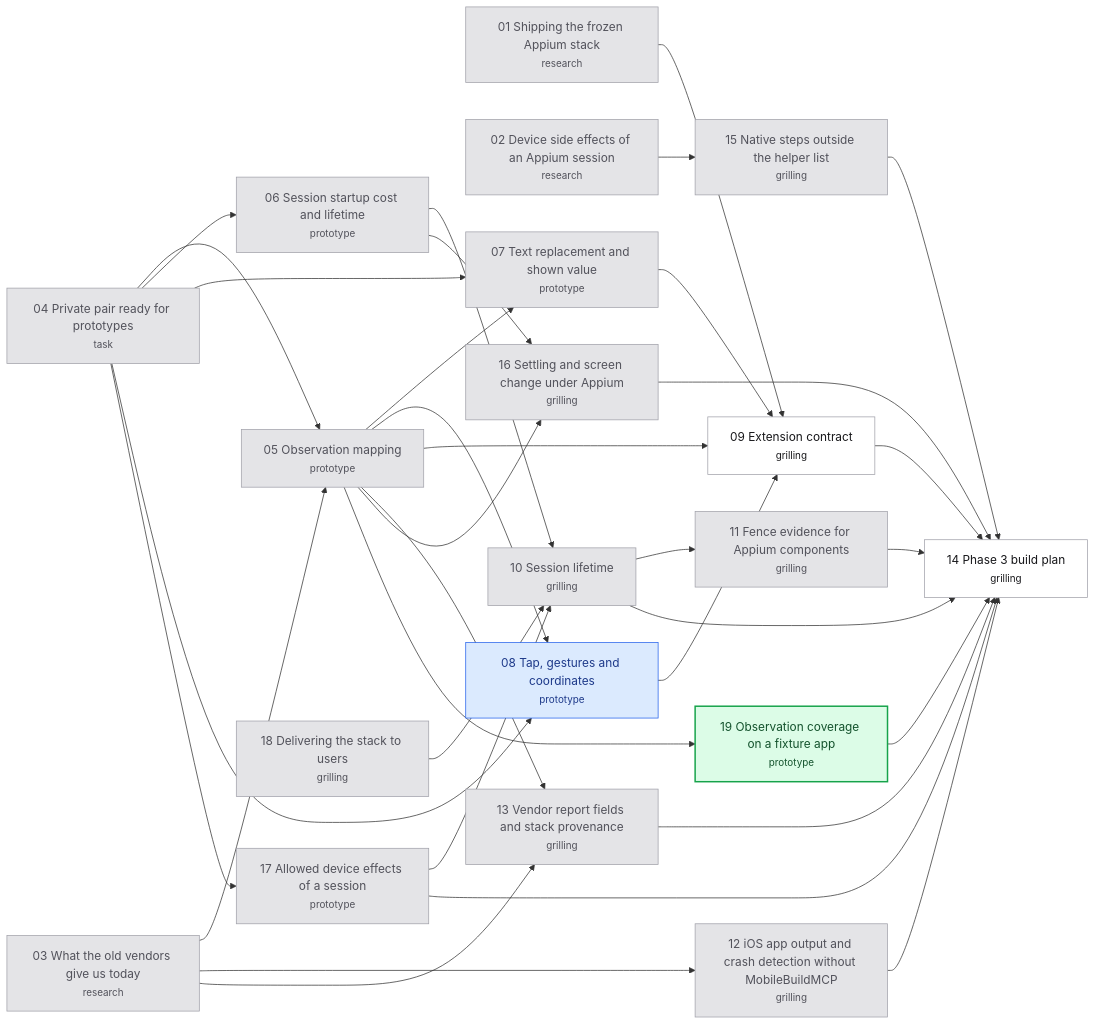
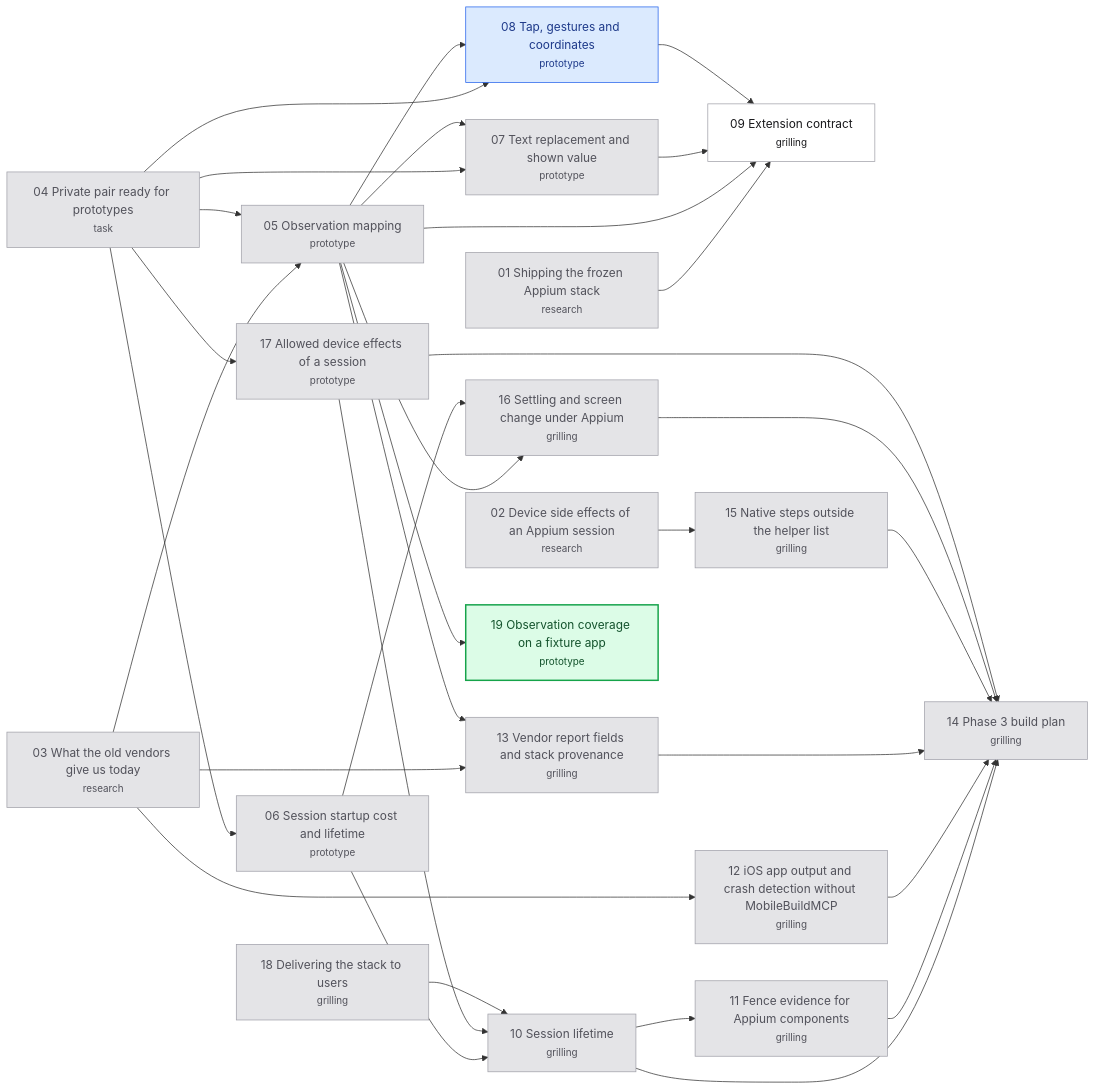
One commit to hugues-vnsgn/jev-ios-bridge changed the diagram in .scratch/appium-phase3/map.md. Above: the diagram before and after it, drawn with Mermaid. The commit also changed other lines of this file and 2 other files, not shown here.

Commit message:
docs(appium-phase3): approve the build plan with per-PR gates

````diff
--- a/.scratch/appium-phase3/map.md
+++ b/.scratch/appium-phase3/map.md
@@ -87,62 +88,60 @@
 ```mermaid
 flowchart LR
     T01["01 Shipping the frozen Appium stack<br/><small>research</small>"]
     T02["02 Device side effects of an Appium session<br/><small>research</small>"]
     T03["03 What the old vendors give us today<br/><small>research</small>"]
     T04["04 Private pair ready for prototypes<br/><small>task</small>"]
     T05["05 Observation mapping<br/><small>prototype</small>"]
     T06["06 Session startup cost and lifetime<br/><small>prototype</small>"]
     T07["07 Text replacement and shown value<br/><small>prototype</small>"]
     T08["08 Tap, gestures and coordinates<br/><small>prototype</small>"]
     T09["09 Extension contract<br/><small>grilling</small>"]
     T10["10 Session lifetime<br/><small>grilling</small>"]
     T11["11 Fence evidence for Appium components<br/><small>grilling</small>"]
     T12["12 iOS app output and crash detection without MobileBuildMCP<br/><small>grilling</small>"]
     T13["13 Vendor report fields and stack provenance<br/><small>grilling</small>"]
     T14["14 Phase 3 build plan<br/><small>grilling</small>"]
     T15["15 Native steps outside the helper list<br/><small>grilling</small>"]
     T16["16 Settling and screen change under Appium<br/><small>grilling</small>"]
     T17["17 Allowed device effects of a session<br/><small>prototype</small>"]
     T18["18 Delivering the stack to users<br/><small>grilling</small>"]
     T19["19 Observation coverage on a fixture app<br/><small>prototype</small>"]
     T03 --> T05
     T04 --> T05
     T04 --> T06
     T04 --> T07
     T05 --> T07
     T04 --> T08
     T05 --> T08
     T01 --> T09
     T05 --> T09
     T07 --> T09
     T08 --> T09
     T06 --> T10
     T17 --> T10
     T18 --> T10
     T10 --> T11
     T03 --> T12
     T03 --> T13
     T05 --> T13
-    T09 --> T14
     T10 --> T14
     T11 --> T14
     T12 --> T14
     T13 --> T14
     T15 --> T14
     T16 --> T14
     T17 --> T14
-    T19 --> T14
     T02 --> T15
     T05 --> T16
     T06 --> T16
     T04 --> T17
     T05 --> T19
     classDef resolved fill:#e4e4e7,stroke:#a1a1aa,color:#52525b
     classDef claimed fill:#dbeafe,stroke:#2563eb,color:#1e3a8a
     classDef frontier fill:#dcfce7,stroke:#16a34a,color:#14532d,stroke-width:2px
     classDef blocked fill:#ffffff,stroke:#a1a1aa,color:#18181b
-    class T01,T02,T03,T04,T05,T06,T07,T10,T11,T12,T13,T15,T16,T17,T18 resolved
+    class T01,T02,T03,T04,T05,T06,T07,T10,T11,T12,T13,T14,T15,T16,T17,T18 resolved
     class T08 claimed
     class T19 frontier
-    class T09,T14 blocked
+    class T09 blocked
 ```
````
